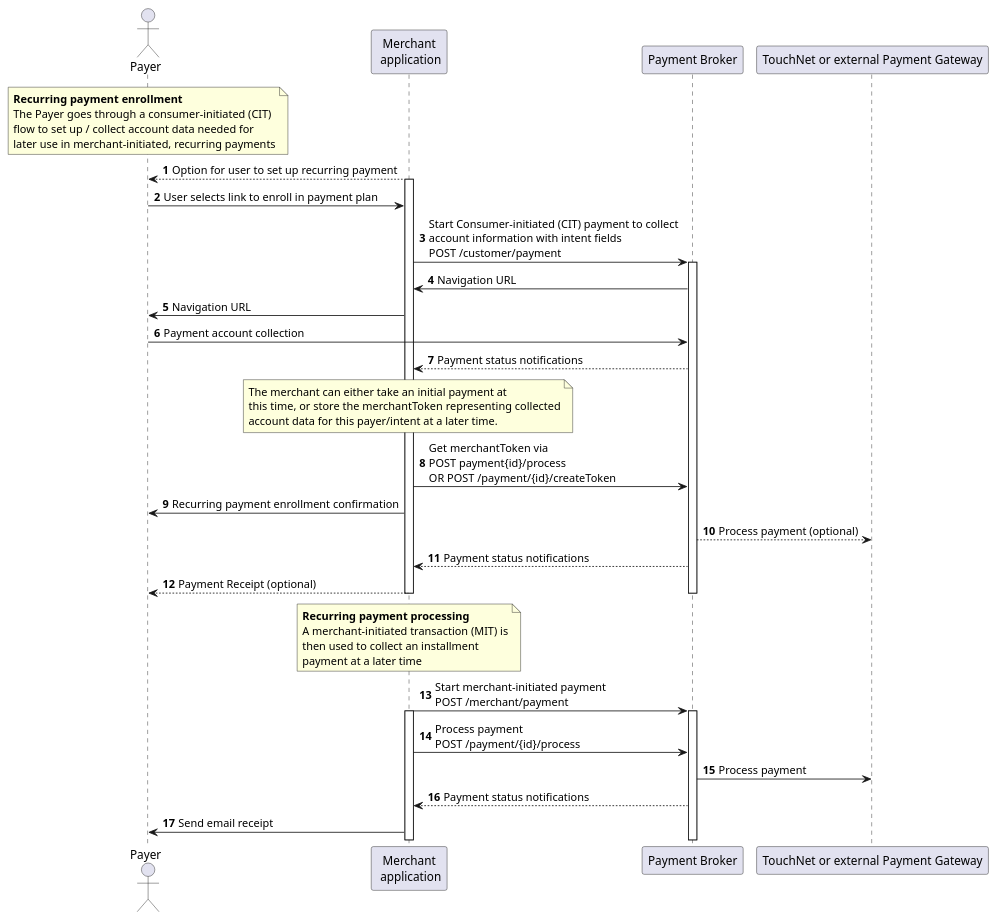
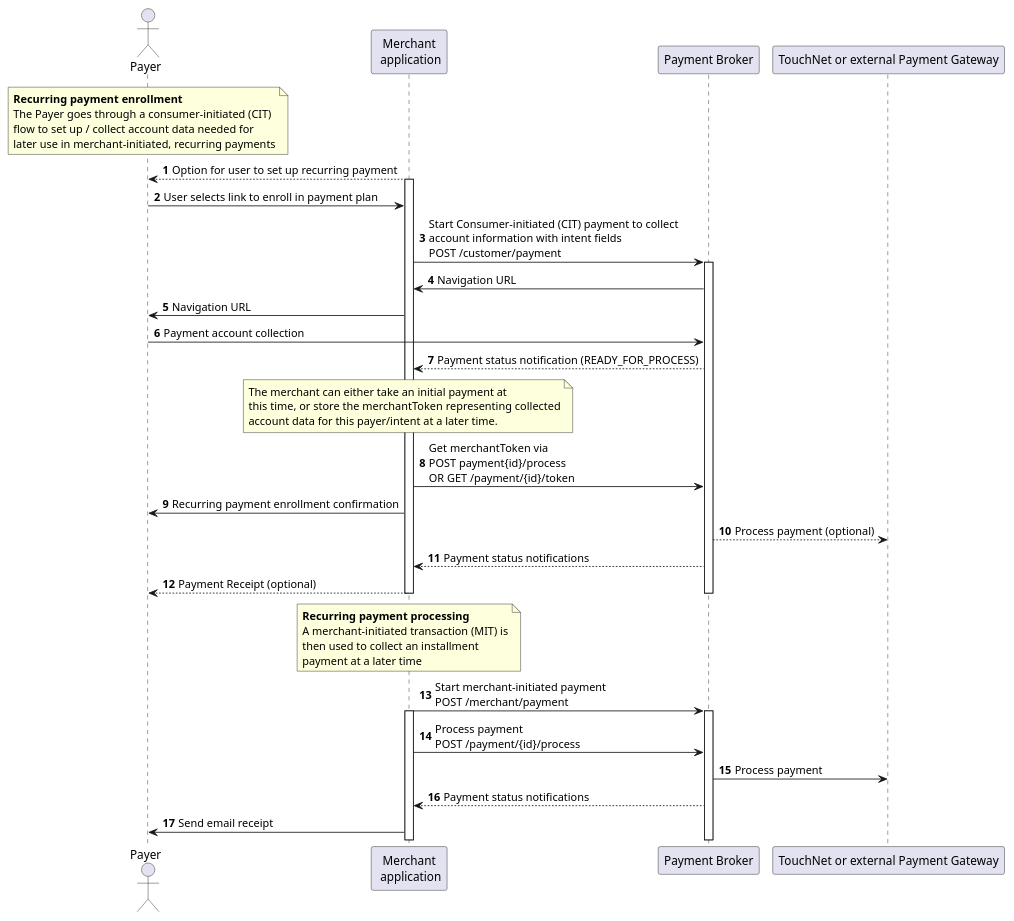
One commit to touchnetglobalpayments/broker-web-sdk changed the diagram in docs/PaymentBroker_MerchantInitiatedFlow.puml. Above: the diagram before and after it, drawn with PlantUML. The commit also changed 2 other files, not shown here.

Commit message:
PMTB-3582 - Updates for new path to retrieve token

```diff
--- a/docs/PaymentBroker_MerchantInitiatedFlow.puml
+++ b/docs/PaymentBroker_MerchantInitiatedFlow.puml
@@ -1,56 +1,56 @@
 @startuml
 autonumber
 
 ' Declare the players on the screen
 actor "Payer" as PAYER
 participant "Merchant\n application" as  MBE
 participant "Payment Broker" as PB
 participant "TouchNet or external Payment Gateway" as TPG
 
 ' Start the diagram
 note over PAYER
   <b>Recurring payment enrollment</b>
   The Payer goes through a consumer-initiated (CIT) 
   flow to set up / collect account data needed for  
   later use in merchant-initiated, recurring payments
 end note
 
 MBE --> PAYER: Option for user to set up recurring payment
 activate MBE
 PAYER -> MBE: User selects link to enroll in payment plan
 MBE -> PB: Start Consumer-initiated (CIT) payment to collect\naccount information with intent fields\nPOST /customer/payment
 activate PB
 PB -> MBE: Navigation URL
 MBE -> PAYER: Navigation URL
 
 PAYER -> PB: Payment account collection
-PB --> MBE: Payment status notifications
+PB --> MBE: Payment status notification (READY_FOR_PROCESS)
 note over MBE
   The merchant can either take an initial payment at
   this time, or store the merchantToken representing collected
   account data for this payer/intent at a later time.
 end note
-MBE->PB: Get merchantToken via\nPOST payment{id}/process\nOR POST /payment/{id}/createToken
+MBE->PB: Get merchantToken via\nPOST payment{id}/process\nOR GET /payment/{id}/token
 MBE->PAYER: Recurring payment enrollment confirmation
 PB --> TPG: Process payment (optional)
 PB-->MBE: Payment status notifications
 MBE --> PAYER: Payment Receipt (optional)
 deactivate MBE
 deactivate PB
 
 note over MBE
   <b>Recurring payment processing</b>
   A merchant-initiated transaction (MIT) is
   then used to collect an installment
   payment at a later time
 end note
 
 MBE->PB: Start merchant-initiated payment\nPOST /merchant/payment
 activate MBE
 activate PB
 MBE->PB: Process payment\nPOST /payment/{id}/process
 PB->TPG: Process payment
 PB-->MBE:Payment status notifications
 MBE->PAYER: Send email receipt
 
 @enduml
```
